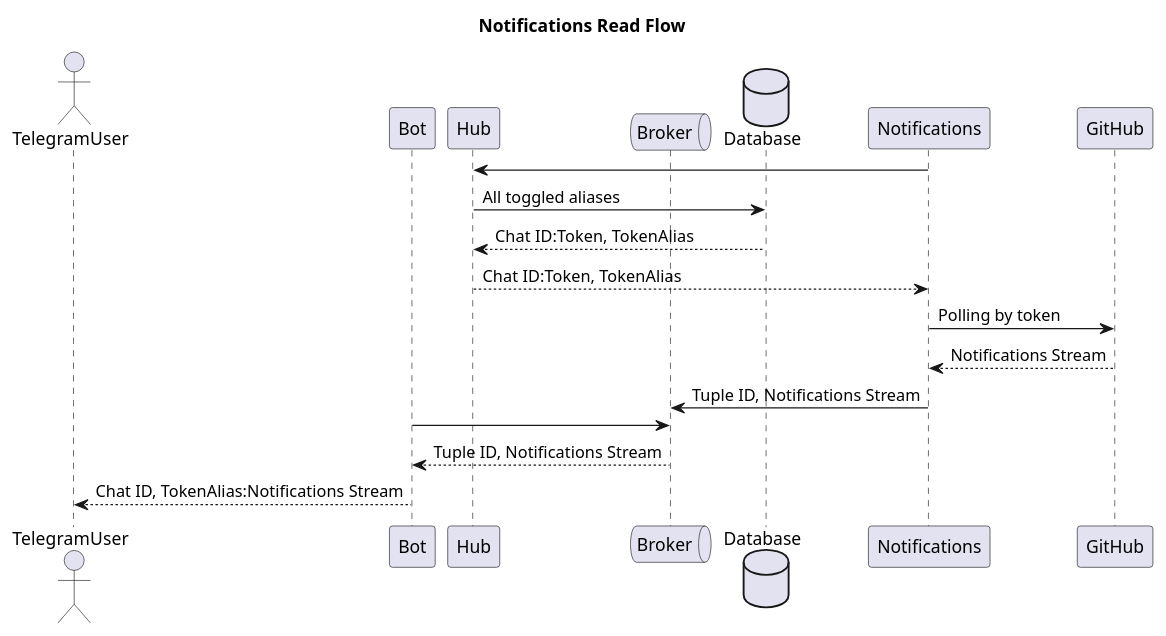
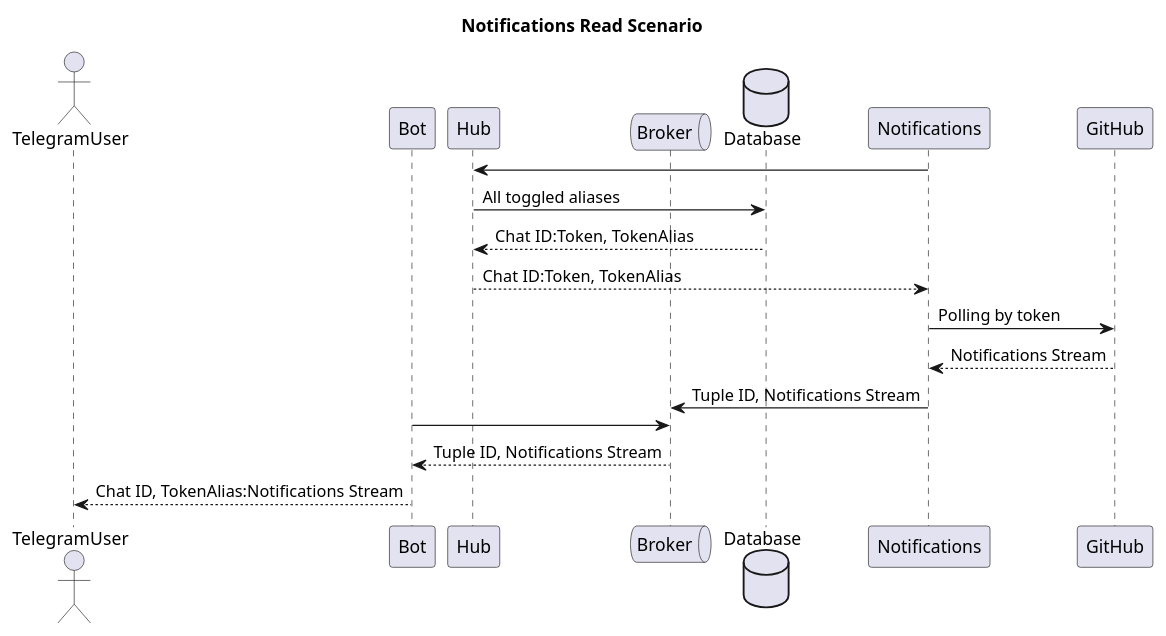
One commit to Blamer-io/docs changed the diagram in diagrams/notifications-read.puml. Above: the diagram before and after it, drawn with PlantUML. The commit also changed 3 other files, not shown here.

```diff
--- a/diagrams/notifications-read.puml
+++ b/diagrams/notifications-read.puml
@@ -1,21 +1,21 @@
 @startuml
-title Notifications Read Flow
+title Notifications Read Scenario
 actor       TelegramUser as user
 participant Bot as bot
 participant Hub as hub
 queue Broker as broker
 database    Database    as db
 participant Notifications as notifications
 participant GitHub as github
 
 notifications -> hub
 hub -> db: All toggled aliases
 db --> hub: Chat ID:Token, TokenAlias
 hub --> notifications: Chat ID:Token, TokenAlias
 notifications -> github: Polling by token
 github --> notifications: Notifications Stream
 notifications -> broker: Tuple ID, Notifications Stream
 bot -> broker
 broker --> bot: Tuple ID, Notifications Stream
 bot --> user: Chat ID, TokenAlias:Notifications Stream
 @enduml
```
